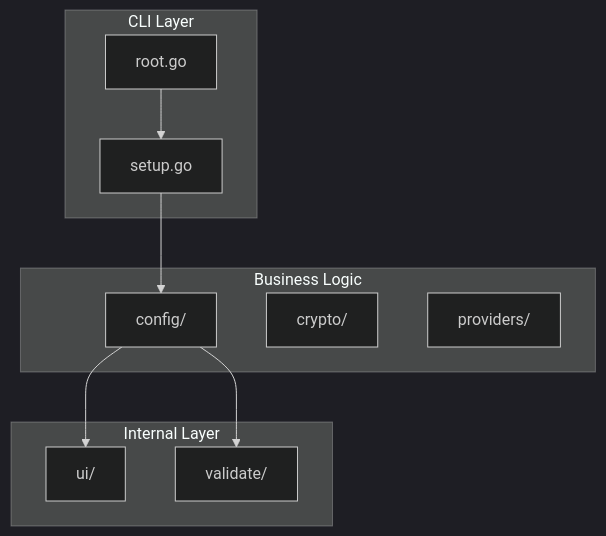
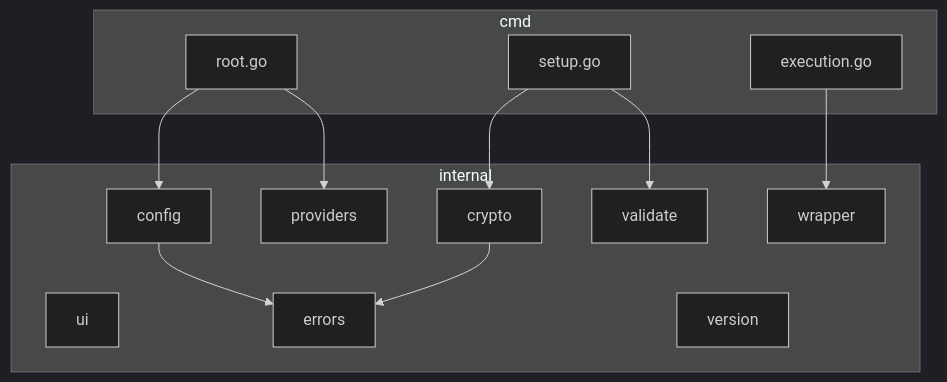
One commit to dkmnx/kairo changed the first of 2 diagrams in internal/README.md. Above: the diagram before and after it, drawn with Mermaid (dark theme). The commit also changed other lines of this file and 8 other files, not shown here.

````diff
--- a/internal/README.md
+++ b/internal/README.md
@@ -7,23 +7,27 @@
 ```mermaid
 flowchart TB
-    subgraph cmd[CLI Layer]
+    subgraph cmd[cmd]
         Root[root.go]
         Setup[setup.go]
+        Exec[execution.go]
     end
 
-    subgraph internal[Internal Layer]
-        UI[ui/]
-        Validate[validate/]
+    subgraph internal[internal]
+        Config[config]
+        Crypto[crypto]
+        Providers[providers]
+        Validate[validate]
+        UI[ui]
+        Wrapper[wrapper]
+        Errors[errors]
+        Version[version]
     end
 
-    subgraph biz[Business Logic]
-        ConfigBL[config/]
-        Crypto[crypto/]
-        Providers[providers/]
-    end
-
-    Root --> Setup
-    Setup --> ConfigBL
-    ConfigBL --> UI
-    ConfigBL --> Validate
+    Root --> Config
+    Root --> Providers
+    Setup --> Crypto
+    Setup --> Validate
+    Exec --> Wrapper
+    Config --> Errors
+    Crypto --> Errors
 ```
````
